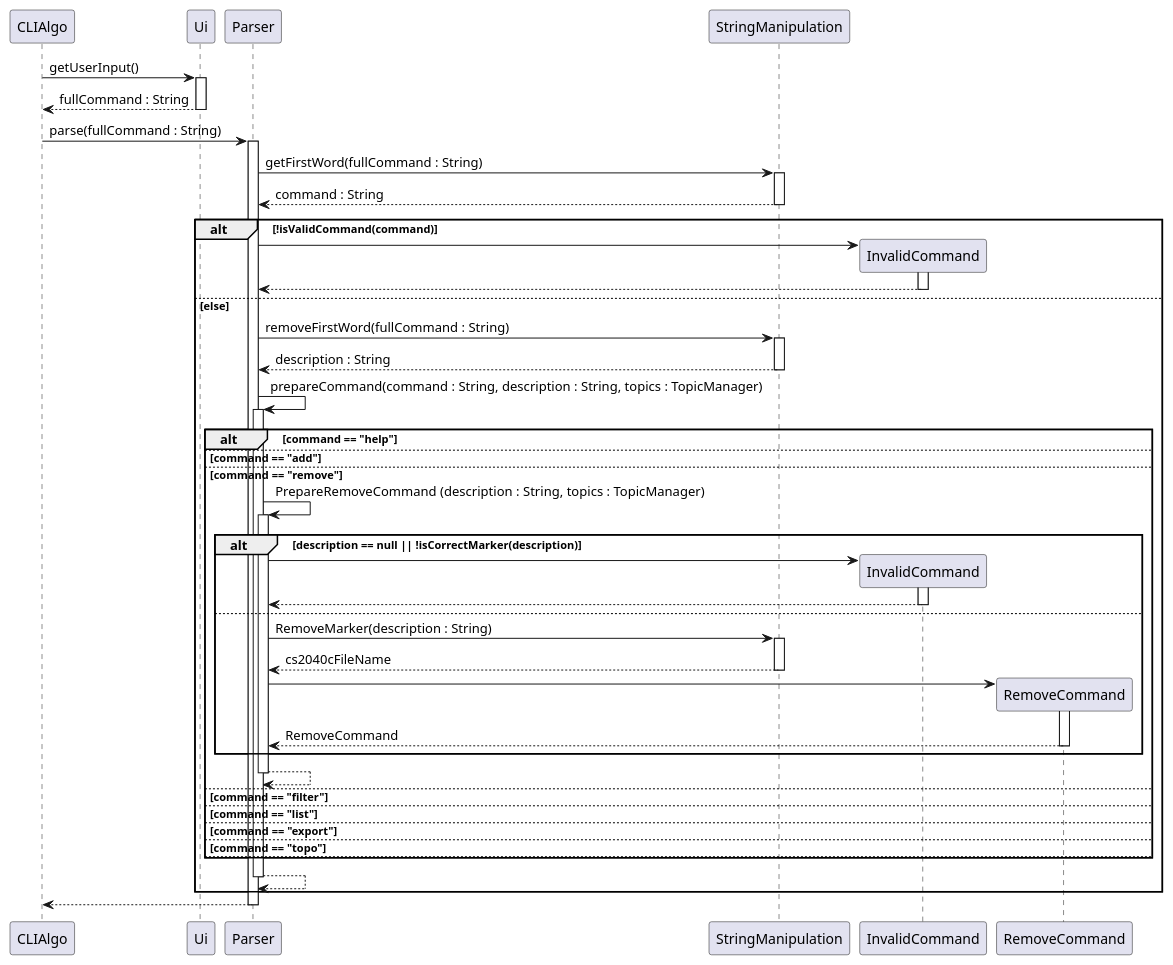
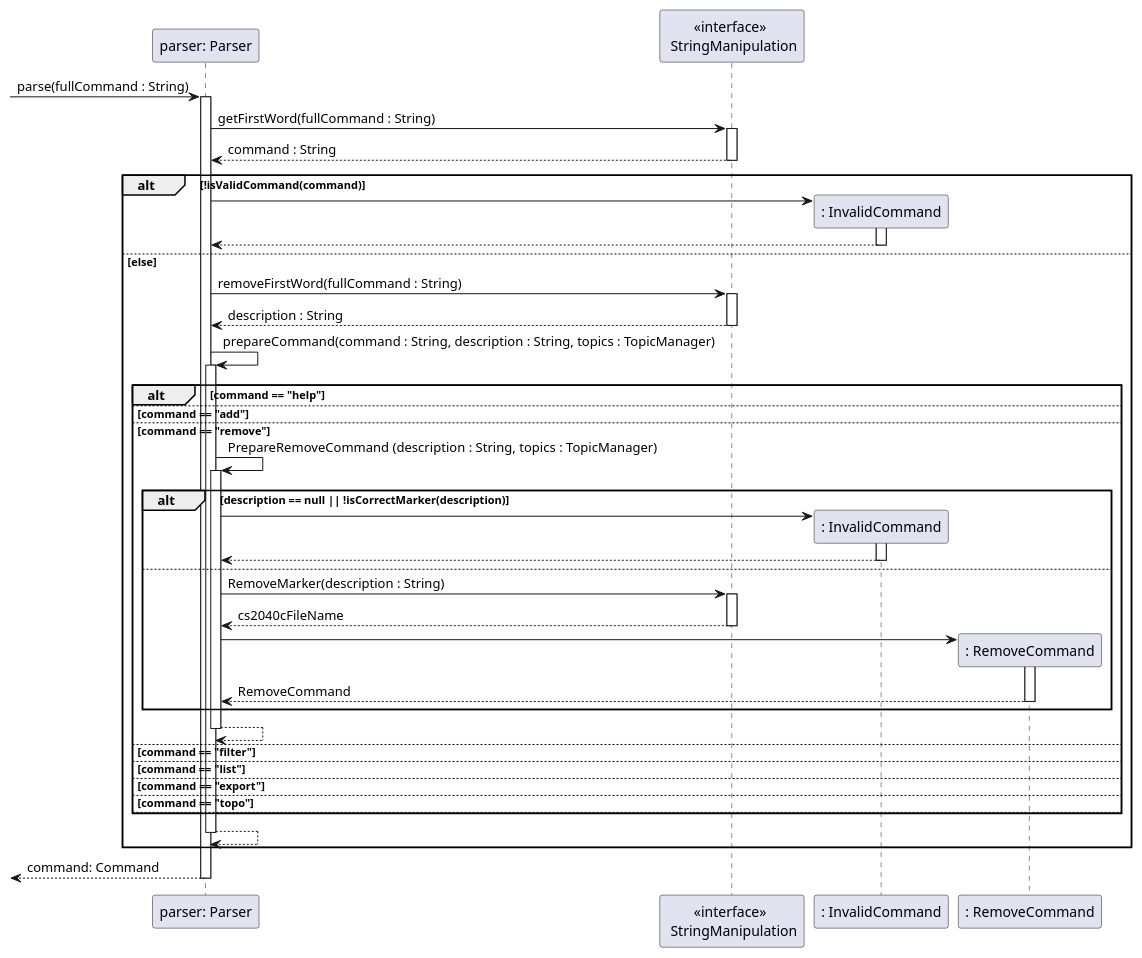
The diagram in docs/sequence-diagrams/source-files/Parser.puml (ong-ck/tp), drawn with PlantUML before and after one commit. The commit also changed 12 other files, not shown here.

Commit message:
Change sequence diagrams to show objects instead of classes

```diff
--- a/docs/sequence-diagrams/source-files/Parser.puml
+++ b/docs/sequence-diagrams/source-files/Parser.puml
@@ -1,52 +1,53 @@
 @startuml
-CLIAlgo -> Ui : getUserInput()
-activate Ui
-return fullCommand : String
+participant "parser: Parser" as Parser
+participant "<<interface>> \n StringManipulation" as StringManipulation
+participant ": InvalidCommand" as InvalidCommand
+participant ": RemoveCommand" as RemoveCommand
 
-CLIAlgo -> Parser : parse(fullCommand : String)
+-> Parser : parse(fullCommand : String)
 activate Parser
     Parser -> StringManipulation : getFirstWord(fullCommand : String)
     activate StringManipulation
     return command : String
 
     alt !isValidCommand(command)
         Parser -> InvalidCommand **
         activate InvalidCommand
         return
     else else
         Parser -> StringManipulation : removeFirstWord(fullCommand : String)
         activate StringManipulation
         return description : String
 
         Parser -> Parser : prepareCommand(command : String, description : String, topics : TopicManager)
         activate Parser
             alt command == "help"
             else command == "add"
             else command == "remove"
                 Parser -> Parser : PrepareRemoveCommand (description : String, topics : TopicManager)
                 activate Parser
                     alt description == null || !isCorrectMarker(description)
                         Parser -> InvalidCommand **
                         activate InvalidCommand
                         return
                     else
                         Parser -> StringManipulation : RemoveMarker(description : String)
                         activate StringManipulation
                         return cs2040cFileName
 
                         Parser -> RemoveCommand **
                         activate RemoveCommand
                         return RemoveCommand
                     end
                 return
             else command == "filter"
             else command == "list"
             else command == "export"
             else command == "topo"
             else
             end
         return
     end
-return
+return command: Command
 
 @enduml
```
